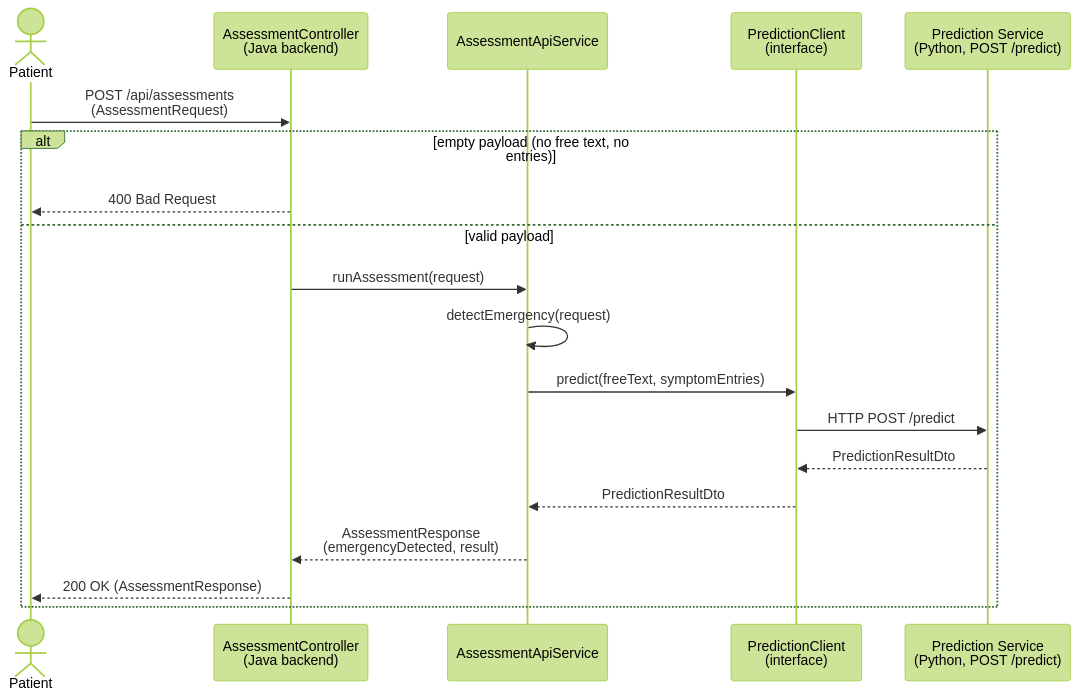
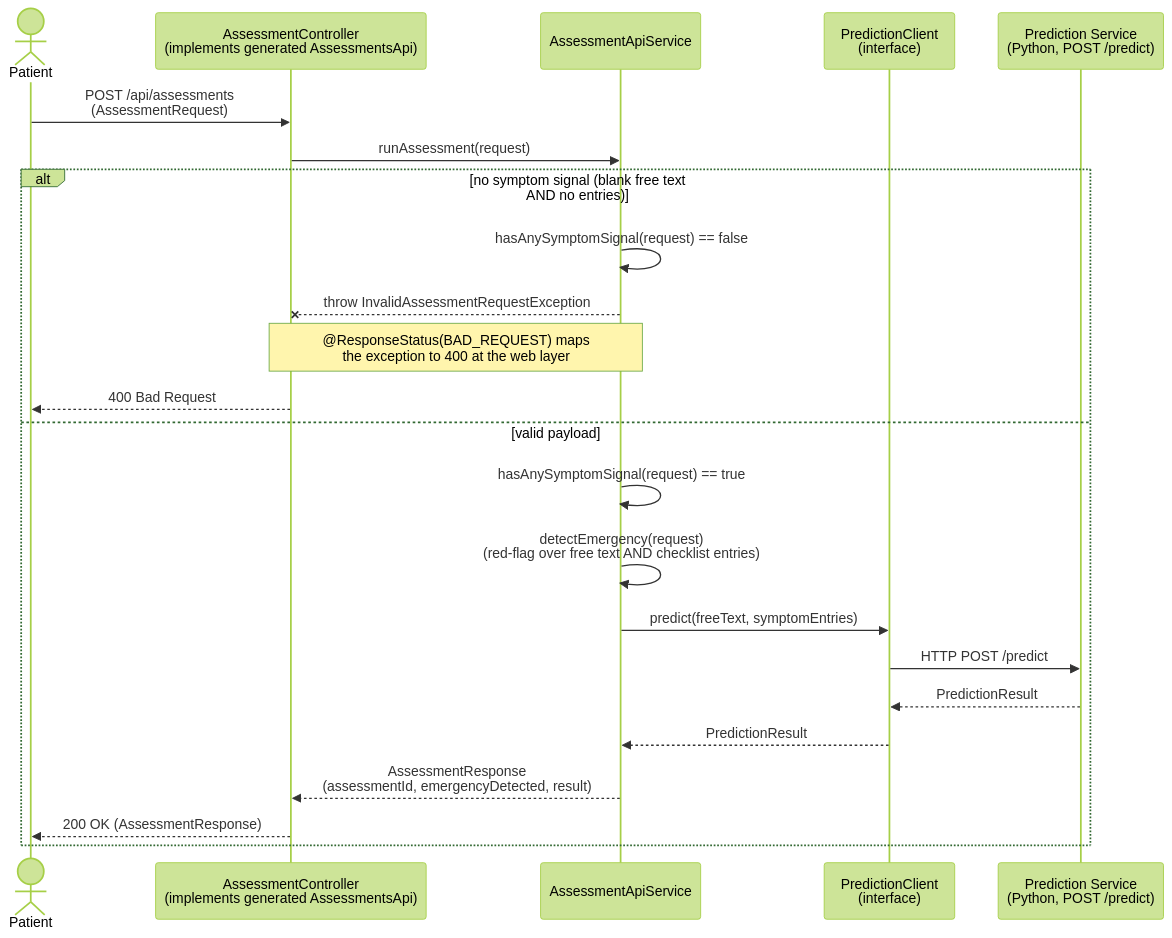
One commit to Disease-Prediction-ASET26/disease-prediction-docs changed the second of 3 diagrams in docs/mdd/iteration2/README.md. Above: the diagram before and after it, drawn with Mermaid (forest theme). The commit also changed other lines of this file and 2 other files, not shown here.

First line of the commit message:
docs: update iteration 2 description to contract-first OpenAPI flow

````diff
--- a/docs/mdd/iteration2/README.md
+++ b/docs/mdd/iteration2/README.md
@@ -116,22 +134,26 @@
 ```mermaid
 sequenceDiagram
     actor Patient
-    participant C as AssessmentController<br/>(Java backend)
+    participant C as AssessmentController<br/>(implements generated AssessmentsApi)
     participant S as AssessmentApiService
     participant PC as PredictionClient<br/>(interface)
     participant Py as Prediction Service<br/>(Python, POST /predict)
 
     Patient->>C: POST /api/assessments<br/>(AssessmentRequest)
-    alt empty payload (no free text, no entries)
+    C->>S: runAssessment(request)
+    alt no symptom signal (blank free text AND no entries)
+        S->>S: hasAnySymptomSignal(request) == false
+        S--xC: throw InvalidAssessmentRequestException
+        Note over C,S: @ResponseStatus(BAD_REQUEST) maps<br/>the exception to 400 at the web layer
         C-->>Patient: 400 Bad Request
     else valid payload
-        C->>S: runAssessment(request)
-        S->>S: detectEmergency(request)
+        S->>S: hasAnySymptomSignal(request) == true
+        S->>S: detectEmergency(request)<br/>(red-flag over free text AND checklist entries)
         S->>PC: predict(freeText, symptomEntries)
         PC->>Py: HTTP POST /predict
-        Py-->>PC: PredictionResultDto
-        PC-->>S: PredictionResultDto
-        S-->>C: AssessmentResponse<br/>(emergencyDetected, result)
+        Py-->>PC: PredictionResult
+        PC-->>S: PredictionResult
+        S-->>C: AssessmentResponse<br/>(assessmentId, emergencyDetected, result)
         C-->>Patient: 200 OK (AssessmentResponse)
     end
 ```
````
